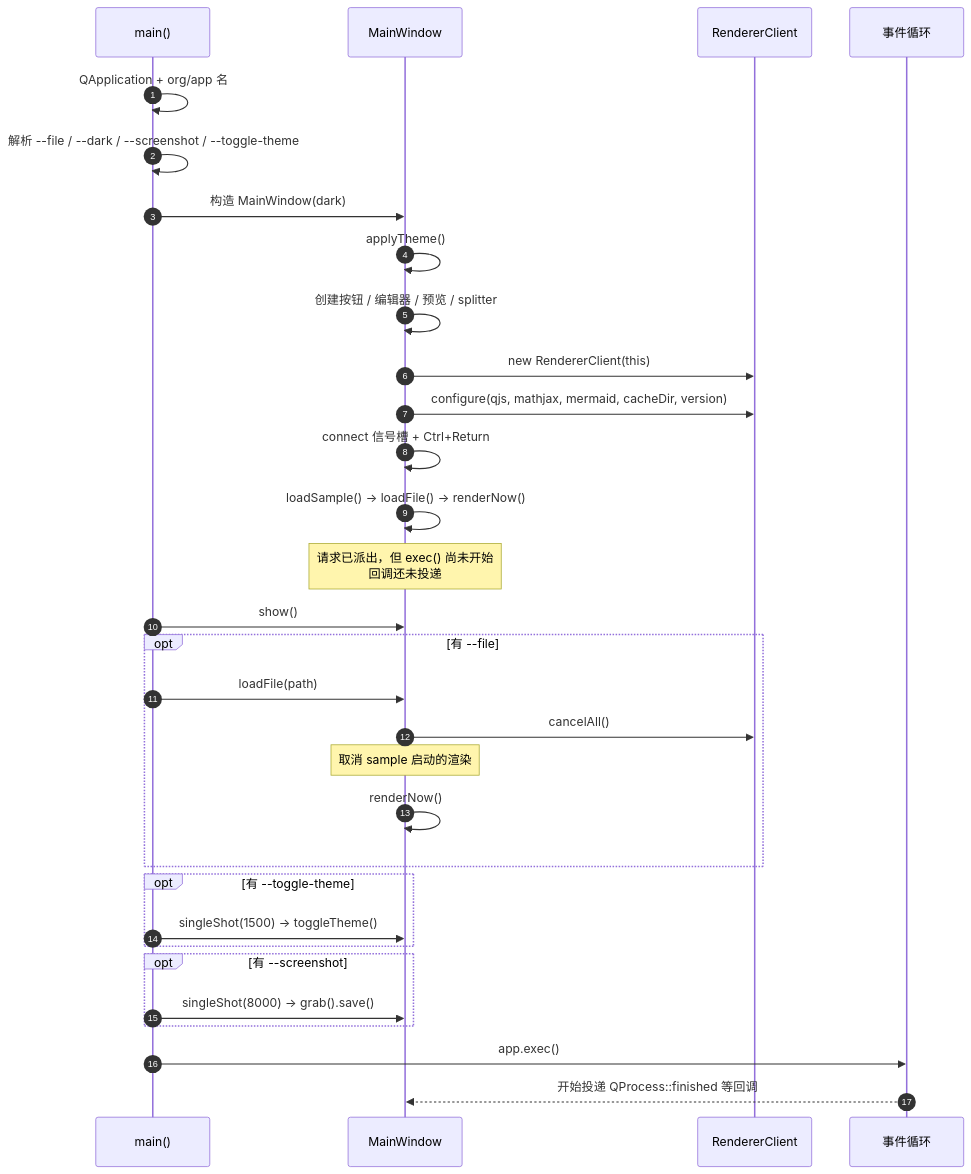
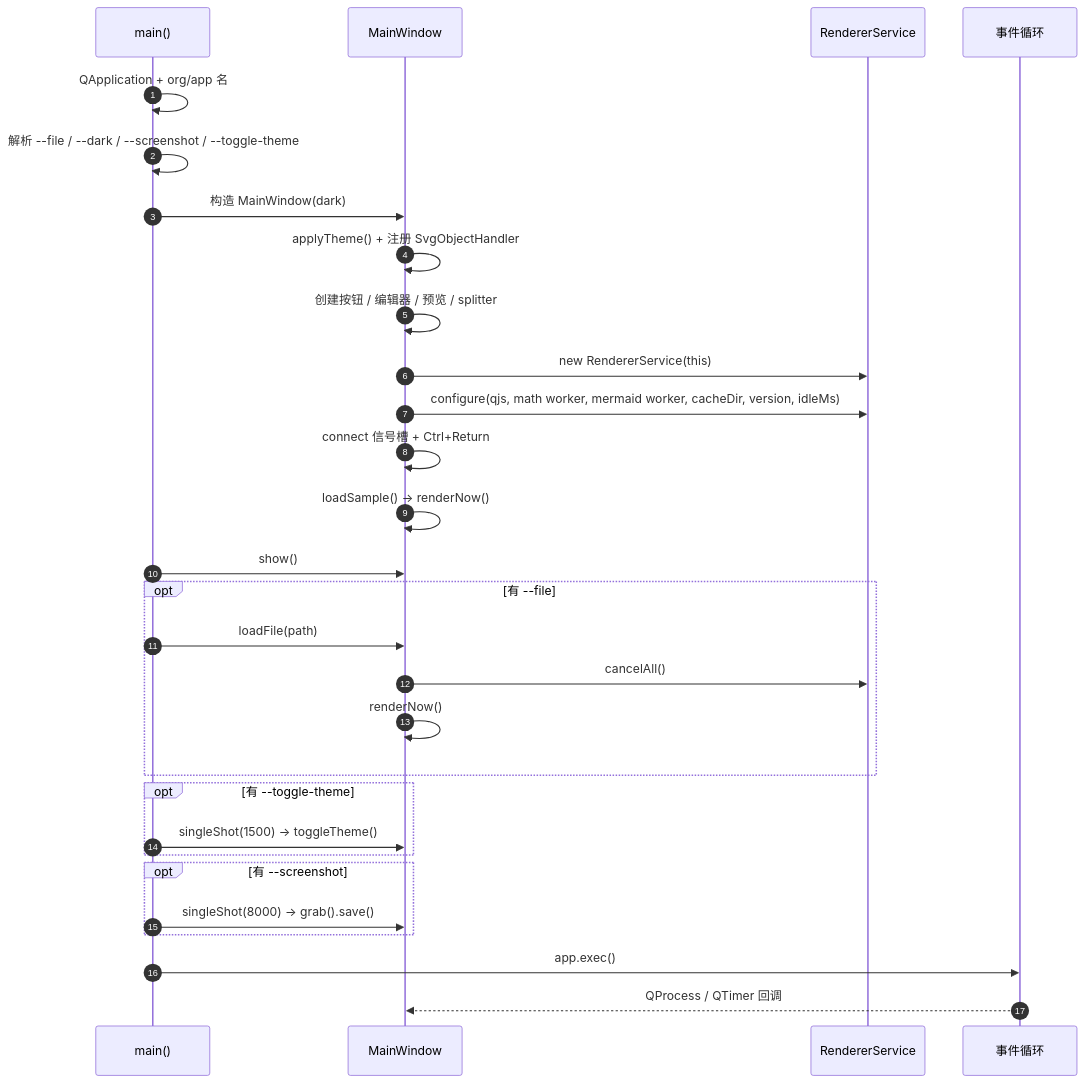
Before and after one commit to iLogIng/qt-rich-text-renderer: the first of 6 diagrams in docs/FLOW.md, drawn with Mermaid. The commit also changed other lines of this file and 24 other files, not shown here.

Commit message:
perf: use two process to lazy start the qjs surpport for mermaid and mathjax service. Use the Render Service to optimize the needed

````diff
--- a/docs/FLOW.md
+++ b/docs/FLOW.md
@@ -11,34 +11,32 @@
 ```mermaid
 sequenceDiagram
     autonumber
     participant M as main()
     participant W as MainWindow
-    participant R as RendererClient
+    participant S as RendererService
     participant E as 事件循环
 
     M->>M: QApplication + org/app 名
     M->>M: 解析 --file / --dark / --screenshot / --toggle-theme
     M->>W: 构造 MainWindow(dark)
-    W->>W: applyTheme()
+    W->>W: applyTheme() + 注册 SvgObjectHandler
     W->>W: 创建按钮 / 编辑器 / 预览 / splitter
-    W->>R: new RendererClient(this)
-    W->>R: configure(qjs, mathjax, mermaid, cacheDir, version)
+    W->>S: new RendererService(this)
+    W->>S: configure(qjs, math worker, mermaid worker, cacheDir, version, idleMs)
     W->>W: connect 信号槽 + Ctrl+Return
-    W->>W: loadSample() → loadFile() → renderNow()
-    Note over W: 请求已派出，但 exec() 尚未开始<br/>回调还未投递
+    W->>W: loadSample() → renderNow()
     M->>W: show()
     opt 有 --file
         M->>W: loadFile(path)
-        W->>R: cancelAll()
-        Note over W: 取消 sample 启动的渲染
+        W->>S: cancelAll()
         W->>W: renderNow()
     end
     opt 有 --toggle-theme
         M->>W: singleShot(1500) → toggleTheme()
     end
     opt 有 --screenshot
         M->>W: singleShot(8000) → grab().save()
     end
     M->>E: app.exec()
-    E-->>W: 开始投递 QProcess::finished 等回调
+    E-->>W: QProcess / QTimer 回调
 ```
````
